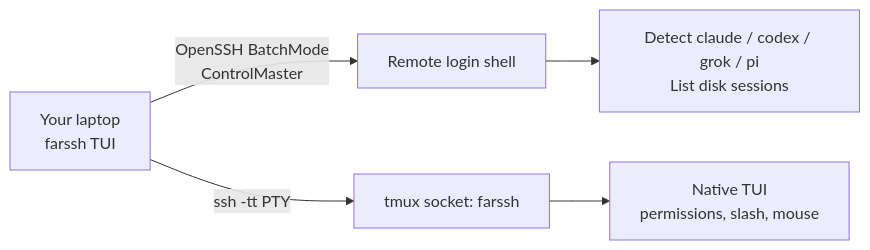
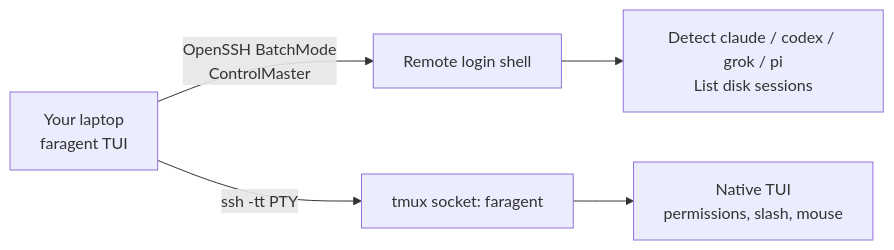
The diagram in README.md (mahingbun-dev/FarAgent), drawn with Mermaid before and after one commit. The commit also changed other lines of this file and 24 other files, not shown here.

````diff
--- a/README.md
+++ b/README.md
@@ -46,7 +46,7 @@
 ```mermaid
 flowchart LR
-  You[Your laptop<br/>farssh TUI] -->|OpenSSH BatchMode<br/>ControlMaster| Probe[Remote login shell]
+  You[Your laptop<br/>faragent TUI] -->|OpenSSH BatchMode<br/>ControlMaster| Probe[Remote login shell]
   Probe --> List[Detect claude / codex / grok / pi<br/>List disk sessions]
-  You -->|ssh -tt PTY| Tmux[tmux socket: farssh]
+  You -->|ssh -tt PTY| Tmux[tmux socket: faragent]
   Tmux --> Agent[Native TUI<br/>permissions, slash, mouse]
 ```
````
